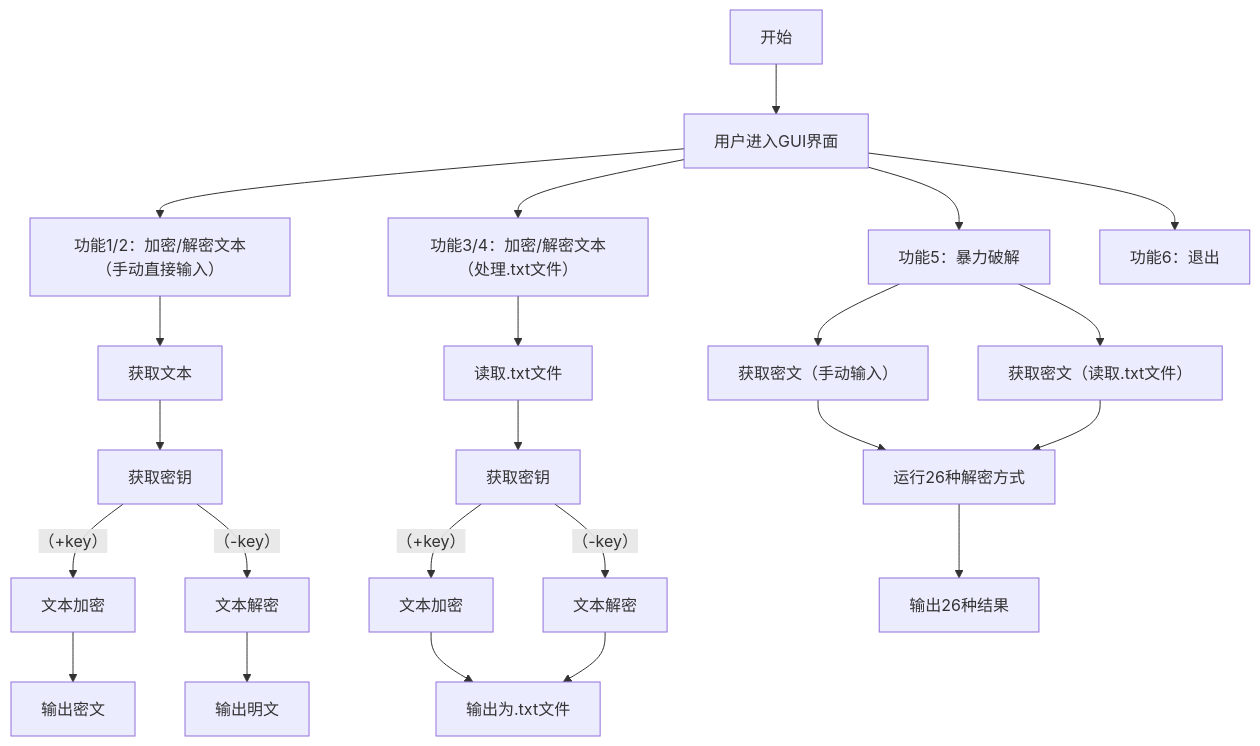
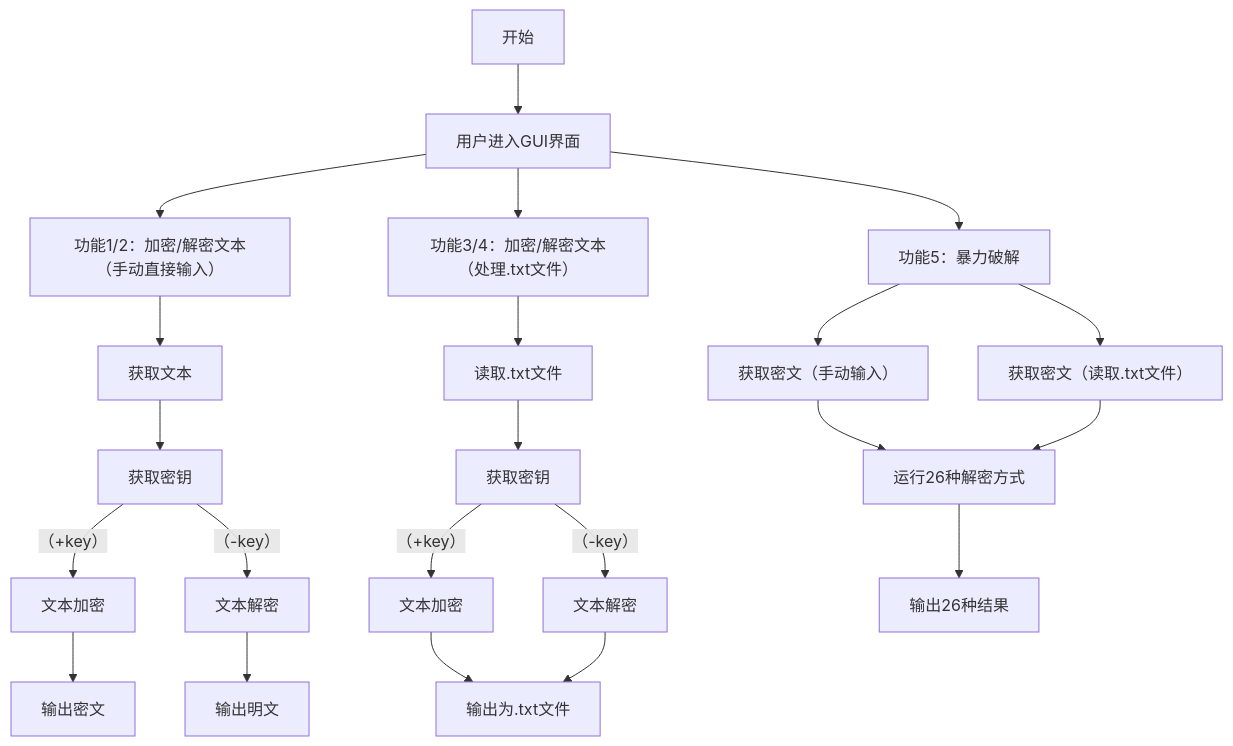
The diagram in README.md (Python-Programming-2026/project1-caesar-cipher-super-awesome-team), drawn with Mermaid before and after one commit.

Commit message:
Remove exit functionality from README flow diagram
Removed exit functionality from the flow diagram.

````diff
--- a/README.md
+++ b/README.md
@@ -46,30 +46,29 @@
 ```mermaid
 flowchart TD
   A[开始] --> B[用户进入GUI界面]
   B --> C[功能1/2：加密/解密文本（手动直接输入）]
   B --> E[功能3/4：加密/解密文本（处理.txt文件）]
   B --> G[功能5：暴力破解]
-  B --> H[功能6：退出]
 
   C --> C1[获取文本]
   C1 --> C2[获取密钥]
   C2 --（+key）--> C3[文本加密]
   C2 --（-key）--> C4[文本解密]
 
   C3 --> C5[输出密文]
   C4 --> C6[输出明文]
 
   E --> D[读取.txt文件]
   D --> F[获取密钥]
   F --（+key）--> F3[文本加密]
   F --（-key）--> F4[文本解密]
   F3 --> F5[输出为.txt文件]
   F4 --> F5[输出为.txt文件]
 
   G --> G1[获取密文（手动输入）]
   G --> G2[获取密文（读取.txt文件）]
   G1 --> G11[运行26种解密方式]
   G2 --> G11
   G11 --> G111[输出26种结果]
   
   ```
````
